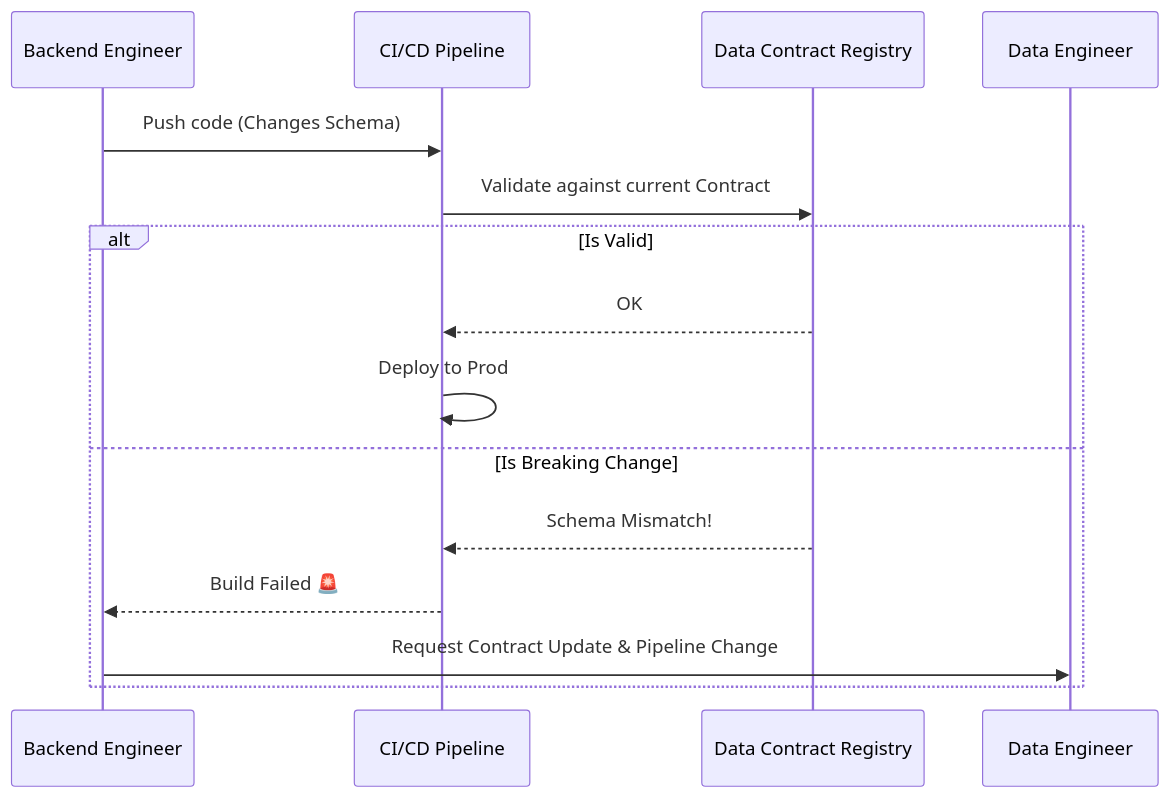
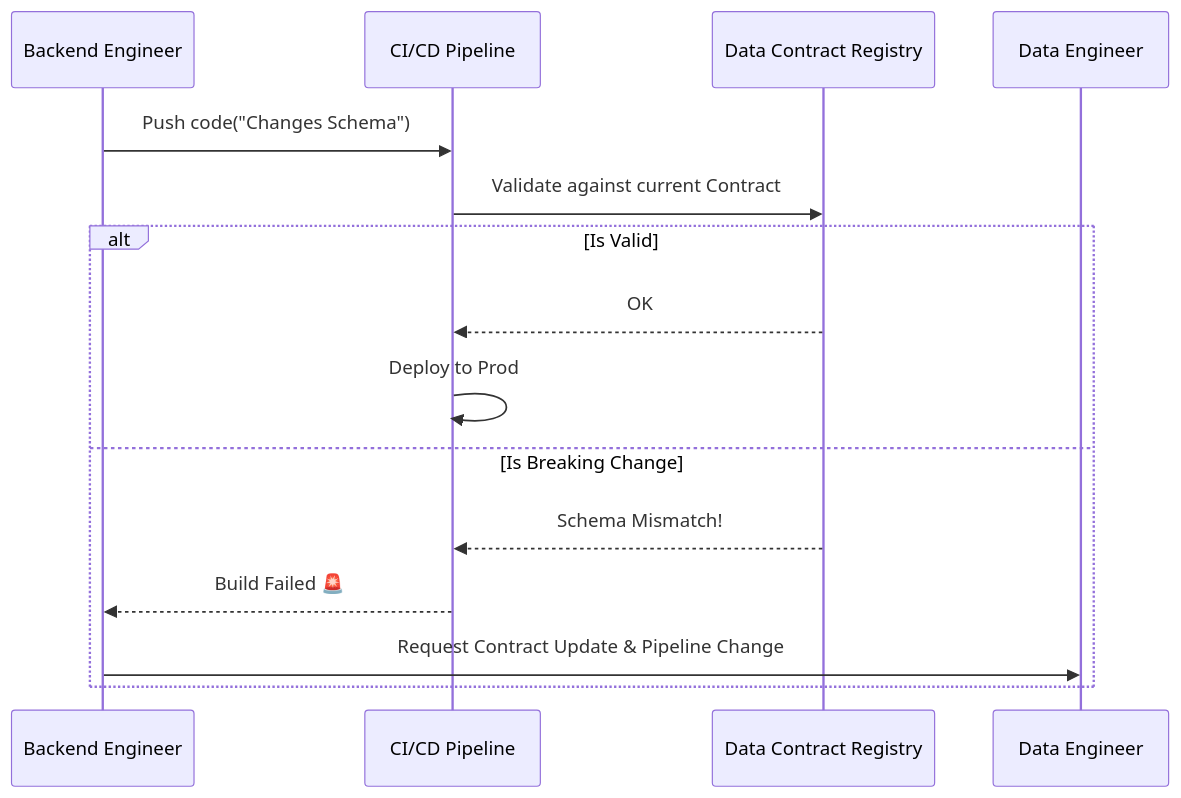
The second of 2 diagrams in src/content/docs/concepts/7-dataops-orchestration-quality/schema-drift.md (kythuatdulieu/kythuatdulieu.github.io), drawn with Mermaid before and after one commit. The commit also changed other lines of this file and 190 other files, not shown here.

Commit message:
fix: resolve mermaid syntax, math rendering, and metadata issues from content rewrite

````diff
--- a/src/content/docs/concepts/7-dataops-orchestration-quality/schema-drift.md
+++ b/src/content/docs/concepts/7-dataops-orchestration-quality/schema-drift.md
@@ -165,18 +165,18 @@
 ```mermaid
 sequenceDiagram
     participant BE as Backend Engineer
     participant CI as CI/CD Pipeline
     participant Registry as Data Contract Registry
     participant DE as Data Engineer
 
-    BE->>CI: Push code (Changes Schema)
+    BE->>CI: Push code("Changes Schema")
     CI->>Registry: Validate against current Contract
     alt Is Valid
         Registry-->>CI: OK
         CI->>CI: Deploy to Prod
     else Is Breaking Change
         Registry-->>CI: Schema Mismatch!
         CI-->>BE: Build Failed 🚨
         BE->>DE: Request Contract Update & Pipeline Change
     end
 ```
````
